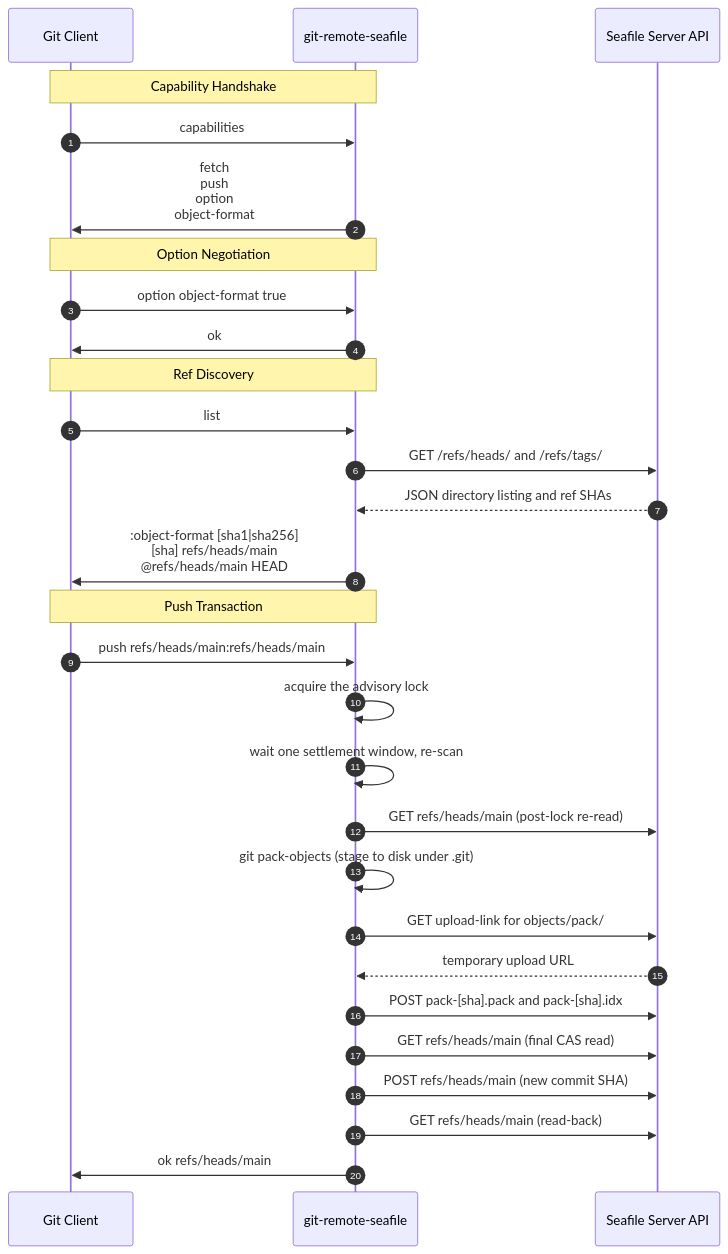
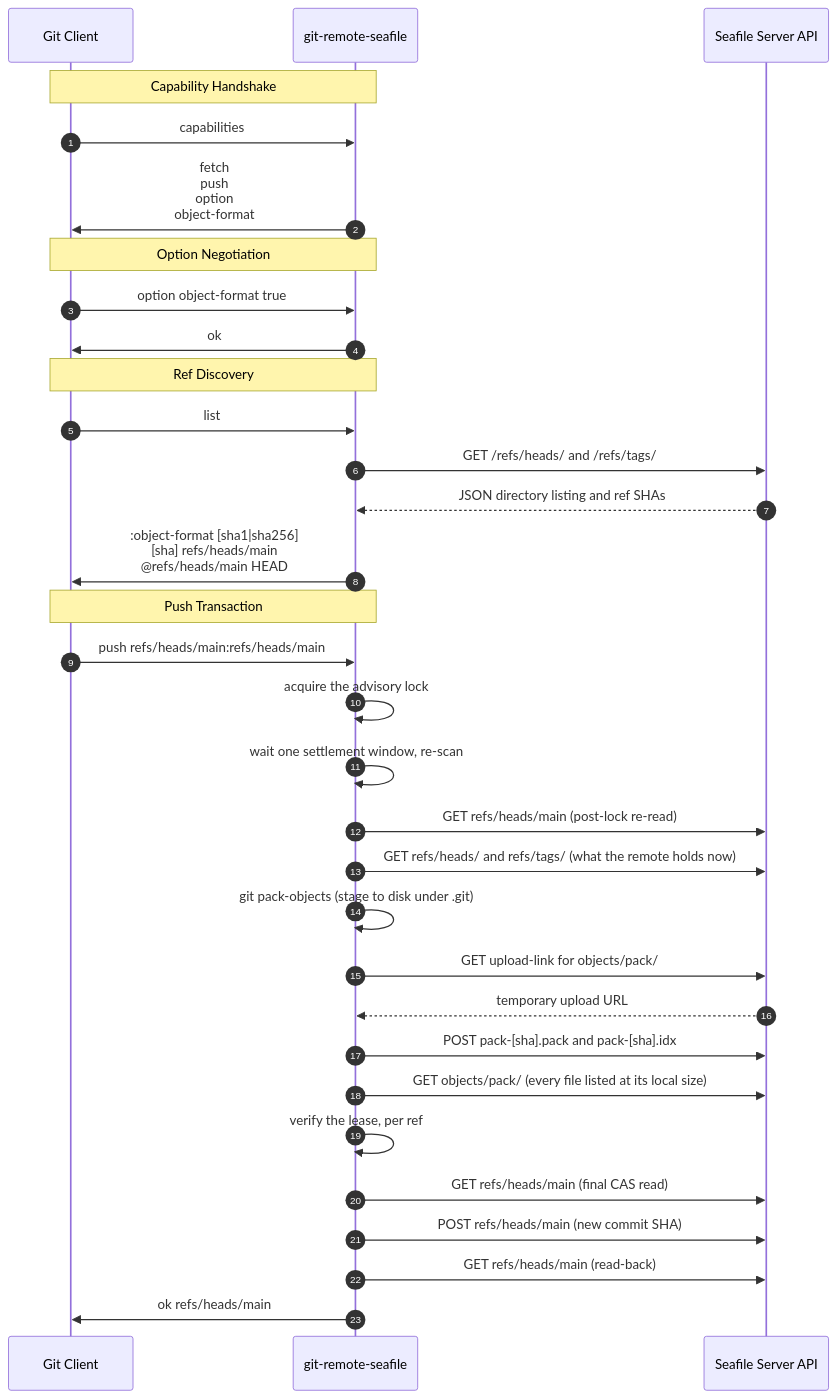
One commit to tkittich/git-remote-seafile changed the diagram in DESIGN.md. Above: the diagram before and after it, drawn with Mermaid. The commit also changed other lines of this file and 9 other files, not shown here.

First line of the commit message:
docs: bring DESIGN, PAYLOAD, SNAPSHOT, USER_GUIDE, README, SECURITY, RUNBOOK, ROADMAP, CONTRIBUTING and AGENTS up to 0.9.2

````diff
--- a/DESIGN.md
+++ b/DESIGN.md
@@ -109,35 +109,38 @@
 ```mermaid
 sequenceDiagram
     autonumber
     participant Git as Git Client
     participant Helper as git-remote-seafile
     participant API as Seafile Server API
 
     Note over Git,Helper: Capability Handshake
     Git->>Helper: capabilities
     Helper->>Git: fetch<br/>push<br/>option<br/>object-format
 
     Note over Git,Helper: Option Negotiation
     Git->>Helper: option object-format true
     Helper->>Git: ok
 
     Note over Git,Helper: Ref Discovery
     Git->>Helper: list
     Helper->>API: GET /refs/heads/ and /refs/tags/
     API-->>Helper: JSON directory listing and ref SHAs
     Helper->>Git: :object-format [sha1|sha256]<br/>[sha] refs/heads/main<br/>@refs/heads/main HEAD
 
     Note over Git,Helper: Push Transaction
     Git->>Helper: push refs/heads/main:refs/heads/main
     Helper->>Helper: acquire the advisory lock
     Helper->>Helper: wait one settlement window, re-scan
     Helper->>API: GET refs/heads/main (post-lock re-read)
+    Helper->>API: GET refs/heads/ and refs/tags/ (what the remote holds now)
     Helper->>Helper: git pack-objects (stage to disk under .git)
     Helper->>API: GET upload-link for objects/pack/
     API-->>Helper: temporary upload URL
     Helper->>API: POST pack-[sha].pack and pack-[sha].idx
+    Helper->>API: GET objects/pack/ (every file listed at its local size)
+    Helper->>Helper: verify the lease, per ref
     Helper->>API: GET refs/heads/main (final CAS read)
     Helper->>API: POST refs/heads/main (new commit SHA)
     Helper->>API: GET refs/heads/main (read-back)
     Helper->>Git: ok refs/heads/main
 ```
````
